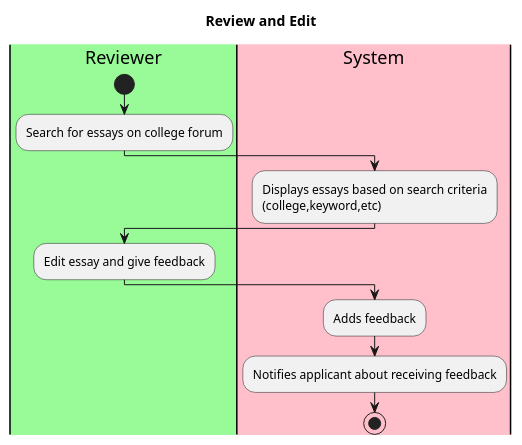
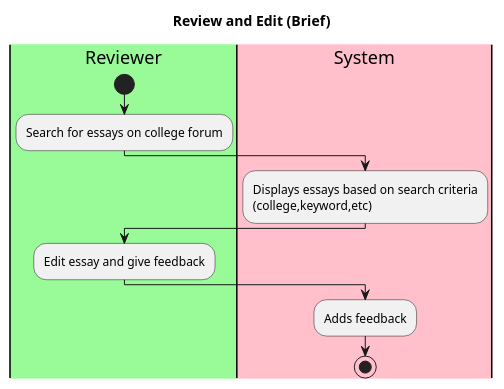
One commit to jlederer33/Essay-Review-App changed the diagram in intellij/use-cases/reviewessays.md. Above: the diagram before and after it, drawn with PlantUML. The commit also changed other lines of this file and 5 other files, not shown here.

````diff
--- a/intellij/use-cases/reviewessays.md
+++ b/intellij/use-cases/reviewessays.md
@@ -1,19 +14,18 @@
 ```plantuml
-title Review and Edit
+title Review and Edit (Brief)
 
 |#palegreen|Reviewer|
 |#pink|System|
 
 |Reviewer|
 start
 :Search for essays on college forum;
 |System|
 :Displays essays based on search criteria
 (college,keyword,etc);
 |Reviewer|
 :Edit essay and give feedback;
 |System|
 :Adds feedback;
-:Notifies applicant about receiving feedback;
 stop
 ```
````
